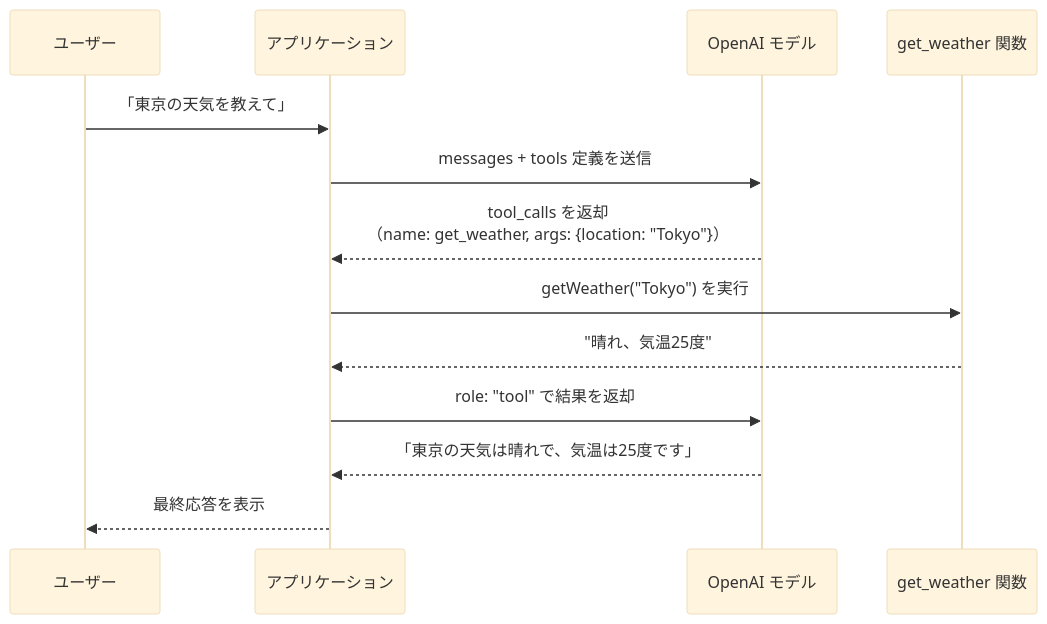
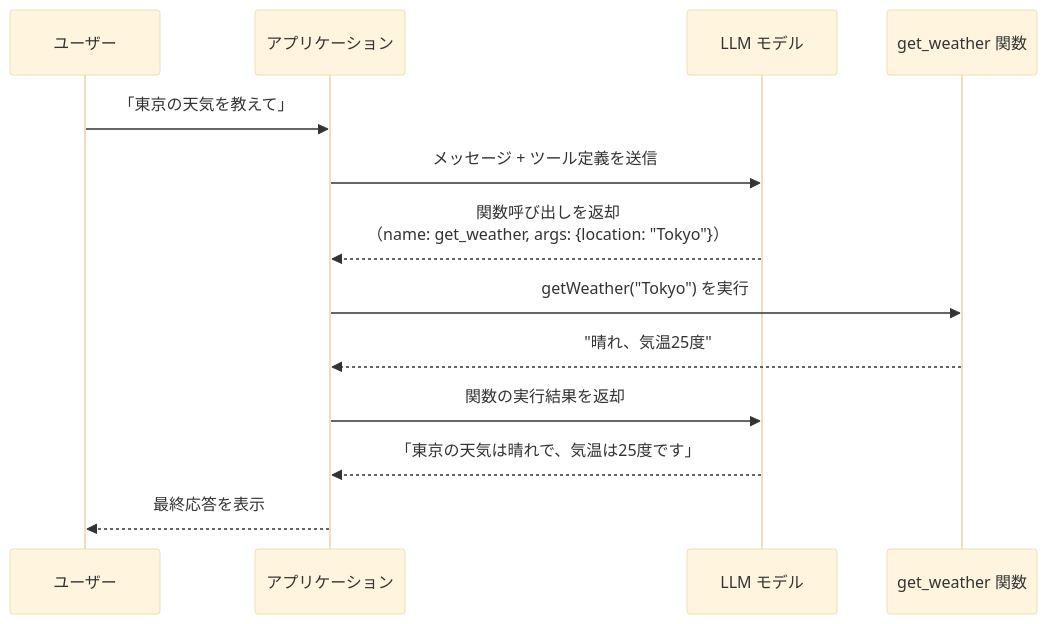
The fourth of 6 diagrams in packages/@ai-suburi/docs/docs/ai-agent-practice/chapter3.md (Imamachi-n/genai-agent-advanced-book-typescript), drawn with Mermaid (base theme) before and after one commit. The commit also changed other lines of this file and 13 other files, not shown here.

````diff
--- a/packages/@ai-suburi/docs/docs/ai-agent-practice/chapter3.md
+++ b/packages/@ai-suburi/docs/docs/ai-agent-practice/chapter3.md
@@ -726,16 +1125,16 @@
 ```mermaid
 sequenceDiagram
     participant User as ユーザー
     participant App as アプリケーション
-    participant Model as OpenAI モデル
+    participant Model as LLM モデル
     participant Func as get_weather 関数
 
     User->>App: 「東京の天気を教えて」
-    App->>Model: messages + tools 定義を送信
-    Model-->>App: tool_calls を返却<br/>（name: get_weather, args: {location: "Tokyo"}）
+    App->>Model: メッセージ + ツール定義を送信
+    Model-->>App: 関数呼び出しを返却<br/>（name: get_weather, args: {location: "Tokyo"}）
     App->>Func: getWeather("Tokyo") を実行
     Func-->>App: "晴れ、気温25度"
-    App->>Model: role: "tool" で結果を返却
+    App->>Model: 関数の実行結果を返却
     Model-->>App: 「東京の天気は晴れで、気温は25度です」
     App-->>User: 最終応答を表示
 ```
````
